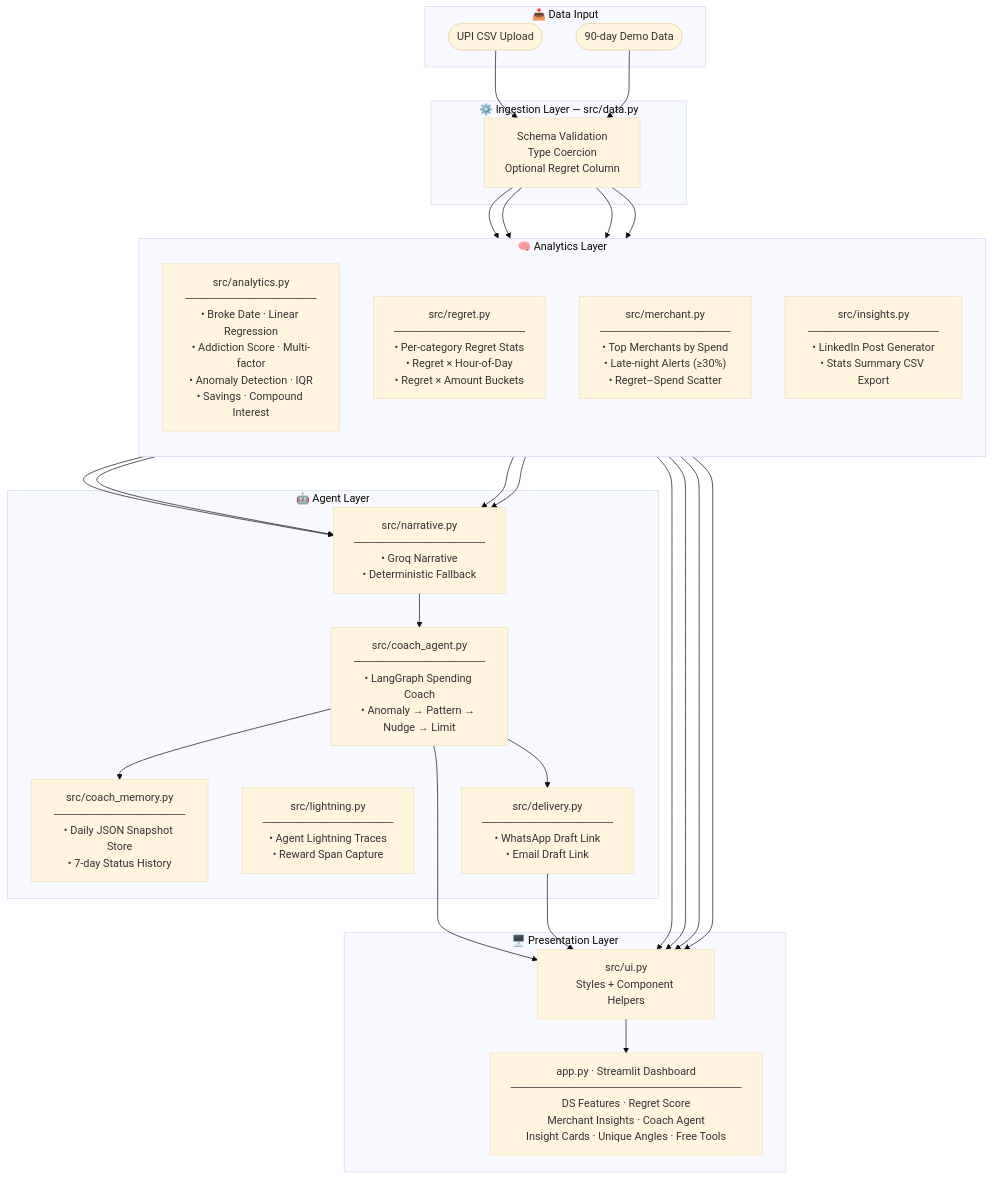
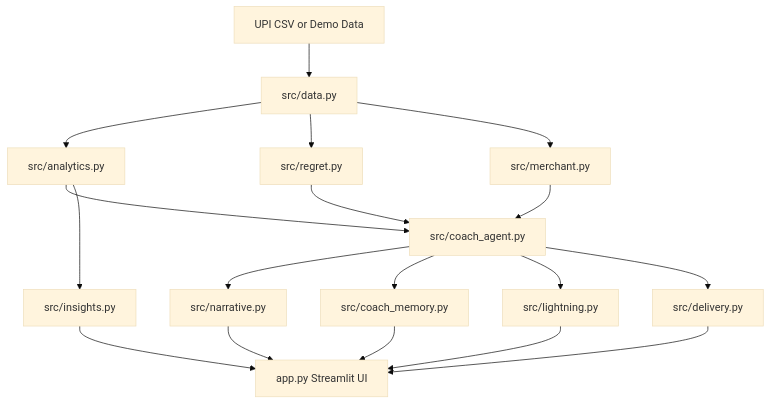
The diagram in README.md (Yashaswini-V21/UPI-Mirror), drawn with Mermaid (base theme) before and after one commit. The commit also changed other lines of this file, not shown here.

````diff
--- a/README.md
+++ b/README.md
@@ -92,42 +35,20 @@
 ```mermaid
 flowchart TD
-    subgraph INPUT["📥 Data Input"]
-        A1([UPI CSV Upload]) 
-        A2([90-day Demo Data])
-    end
-
-    subgraph INGESTION["⚙️ Ingestion Layer — src/data.py"]
-        B[Schema Validation\nType Coercion\nOptional Regret Column]
-    end
-
-    subgraph ANALYTICS["🧠 Analytics Layer"]
-        direction TB
-        D["src/analytics.py\n─────────────────\n• Broke Date · Linear Regression\n• Addiction Score · Multi-factor\n• Anomaly Detection · IQR\n• Savings · Compound Interest"]
-        E["src/regret.py\n─────────────────\n• Per-category Regret Stats\n• Regret × Hour-of-Day\n• Regret × Amount Buckets"]
-        F["src/merchant.py\n─────────────────\n• Top Merchants by Spend\n• Late-night Alerts (≥30%)\n• Regret–Spend Scatter"]
-        G["src/insights.py\n─────────────────\n• LinkedIn Post Generator\n• Stats Summary CSV Export"]
-    end
-
-    subgraph AGENT["🤖 Agent Layer"]
-        I["src/narrative.py\n─────────────────\n• Groq Narrative\n• Deterministic Fallback"]
-        J["src/coach_agent.py\n─────────────────\n• LangGraph Spending Coach\n• Anomaly → Pattern → Nudge → Limit"]
-        K["src/coach_memory.py\n─────────────────\n• Daily JSON Snapshot Store\n• 7-day Status History"]
-        L["src/lightning.py\n─────────────────\n• Agent Lightning Traces\n• Reward Span Capture"]
-        M["src/delivery.py\n─────────────────\n• WhatsApp Draft Link\n• Email Draft Link"]
-    end
-
-    subgraph PRESENTATION["🖥️ Presentation Layer"]
-        H["src/ui.py\nStyles + Component Helpers"]
-        APP["app.py · Streamlit Dashboard\n──────────────────────────────\nDS Features · Regret Score\nMerchant Insights · Coach Agent\nInsight Cards · Unique Angles · Free Tools"]
-    end
-
-    A1 & A2 --> B
-    B --> D & E & F & G
-    D & E & F & G --> I
-    I --> J --> K
-    J --> M
-    D & E & F & G --> H
-    J --> H
-    M --> H
-    H --> APP
+    A[UPI CSV or Demo Data] --> B[src/data.py]
+    B --> C[src/analytics.py]
+    B --> D[src/regret.py]
+    B --> E[src/merchant.py]
+    C --> F[src/coach_agent.py]
+    D --> F
+    E --> F
+    F --> G[src/narrative.py]
+    F --> H[src/coach_memory.py]
+    F --> I[src/lightning.py]
+    F --> J[src/delivery.py]
+    C --> K[src/insights.py]
+    G --> L[app.py Streamlit UI]
+    H --> L
+    I --> L
+    J --> L
+    K --> L
 ```
````
